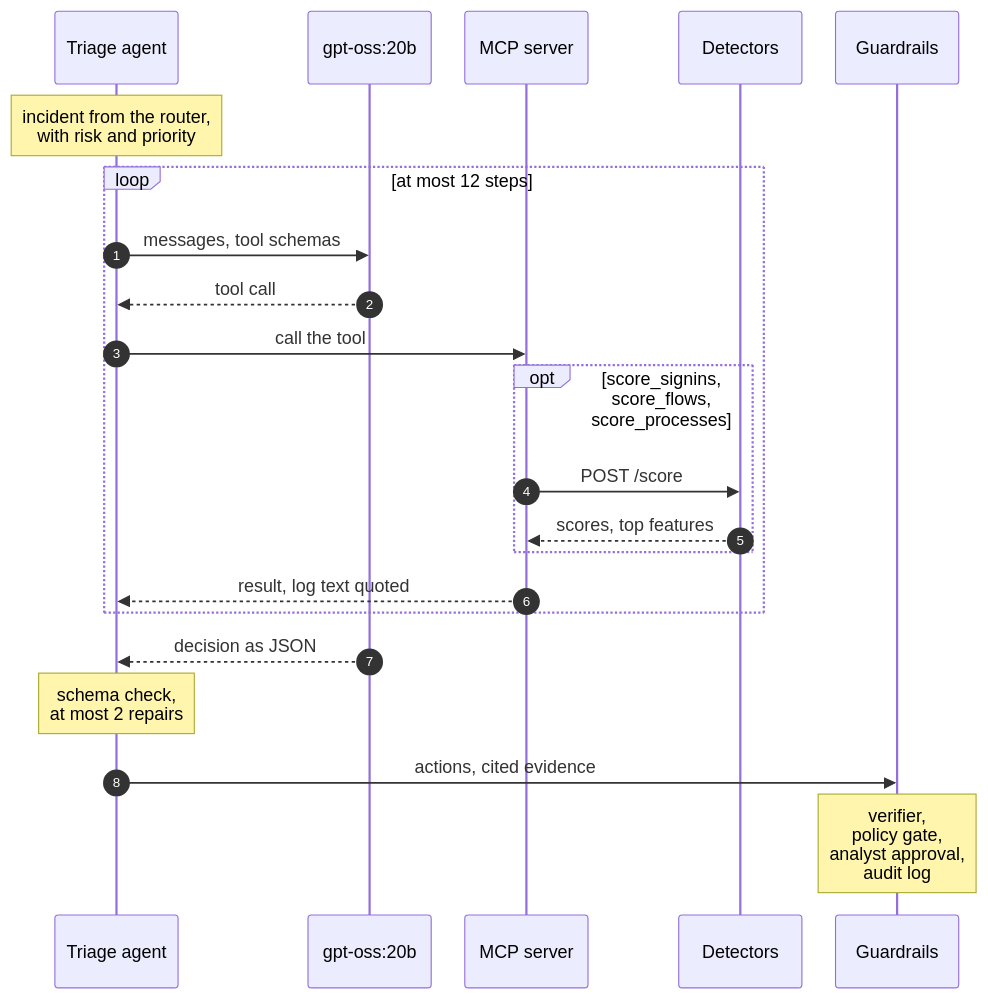
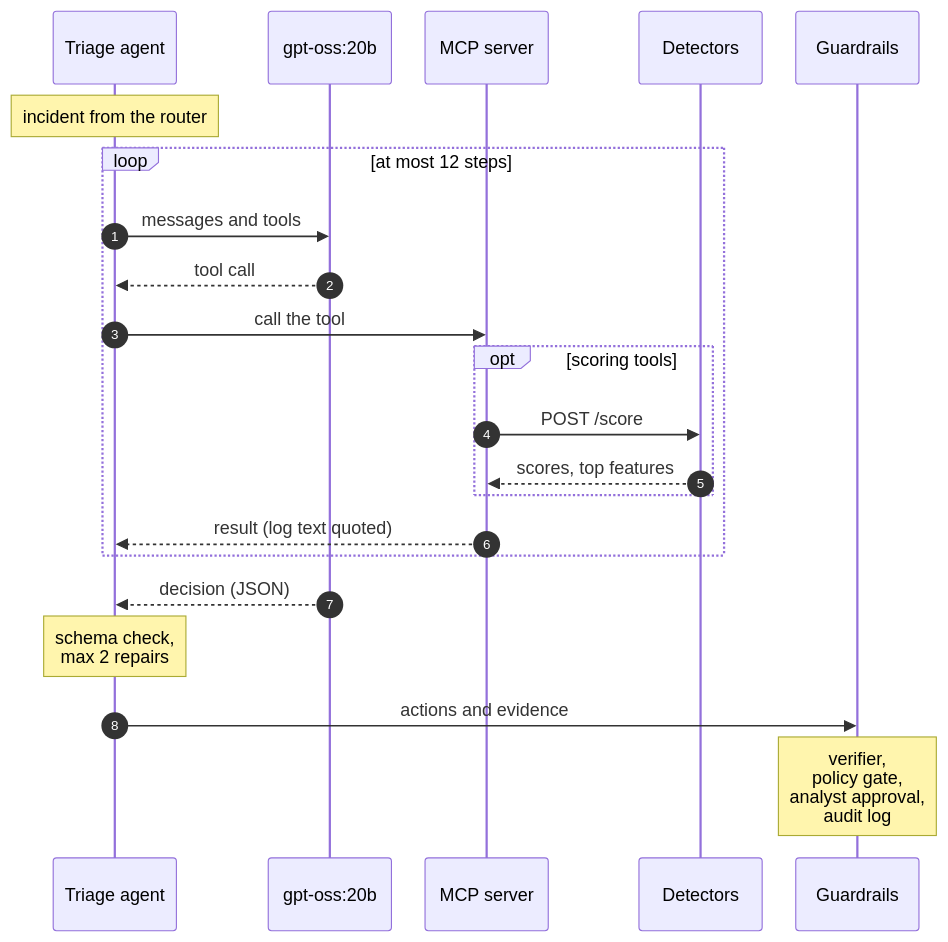
One commit to Chris91ss/ai4ci-agentic-soc changed the fifth of 5 diagrams in docs/architecture/README.md. Above: the diagram before and after it, drawn with Mermaid. The commit also changed other lines of this file, not shown here.

First line of the commit message:
docs(architecture): rewrite and update the Milestone 2 document

````diff
--- a/docs/architecture/README.md
+++ b/docs/architecture/README.md
@@ -269,31 +237,31 @@
 ```mermaid
 ---
 config:
   sequence:
     diagramMarginX: 160
     width: 110
     actorMargin: 30
 ---
 sequenceDiagram
     autonumber
     participant A as Triage agent
     participant L as gpt-oss:20b
     participant M as MCP server
     participant D as Detectors
     participant G as Guardrails
-    Note over A: incident from the router,<br/>with risk and priority
+    Note over A: incident from the router
     loop at most 12 steps
-        A->>L: messages, tool schemas
+        A->>L: messages and tools
         L-->>A: tool call
         A->>M: call the tool
-        opt score_signins, score_flows, score_processes
+        opt scoring tools
             M->>D: POST /score
             D-->>M: scores, top features
         end
-        M-->>A: result, log text quoted
+        M-->>A: result (log text quoted)
     end
-    L-->>A: decision as JSON
-    Note over A: schema check,<br/>at most 2 repairs
-    A->>G: actions, cited evidence
+    L-->>A: decision (JSON)
+    Note over A: schema check,<br/>max 2 repairs
+    A->>G: actions and evidence
     Note over G: verifier,<br/>policy gate,<br/>analyst approval,<br/>audit log
 ```
````
